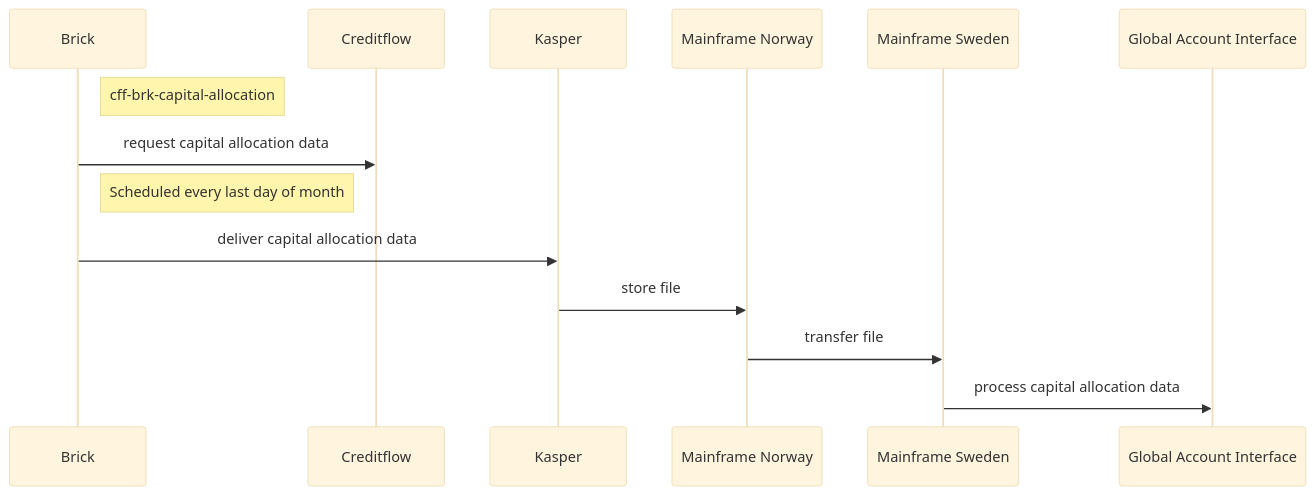
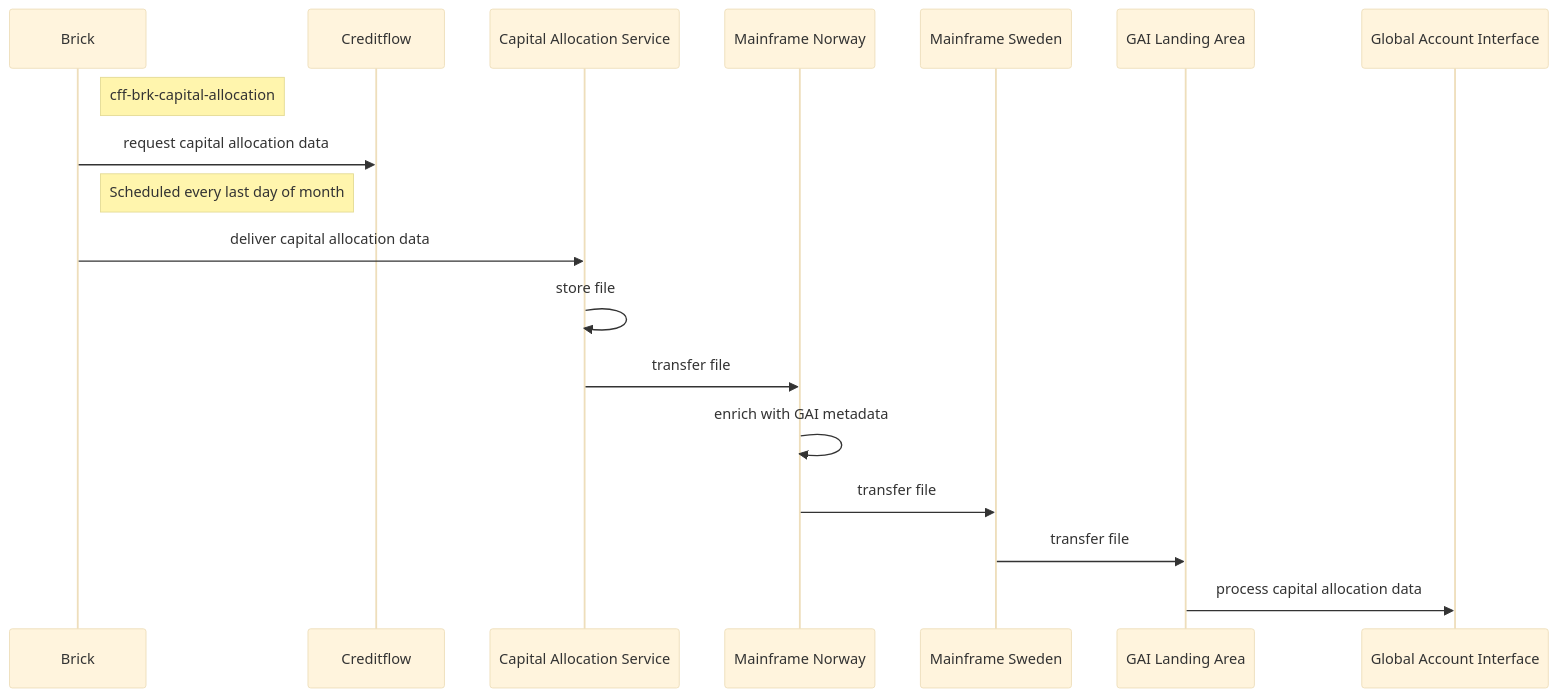
Before and after one commit to Nordea-Direct/docs: the second of 2 diagrams in documentation/scratches.md, drawn with Mermaid (base theme). The commit also changed other lines of this file, not shown here.

````diff
--- a/documentation/scratches.md
+++ b/documentation/scratches.md
@@ -32,16 +32,20 @@
 ```mermaid
 sequenceDiagram
   participant B as Brick
   participant C as Creditflow    
-  participant K as Kasper
+  participant K as Capital Allocation Service  
   participant MN as Mainframe Norway
   participant MS as Mainframe Sweden
+  participant GL as GAI Landing Area
   participant G as Global Account Interface
   Note right of B: cff-brk-capital-allocation
   B->>C: request capital allocation data
   Note right of B: Scheduled every last day of month
   B->>K: deliver capital allocation data
-  K->>MN: store file 
+  K->>K: store file
+  K->>MN: transfer file 
+  MN->>MN: enrich with GAI metadata
   MN->>MS: transfer file 
-  MS->>G: process capital allocation data            
+  MS->>GL: transfer file
+  GL->>G: process capital allocation data            
 ```
````
